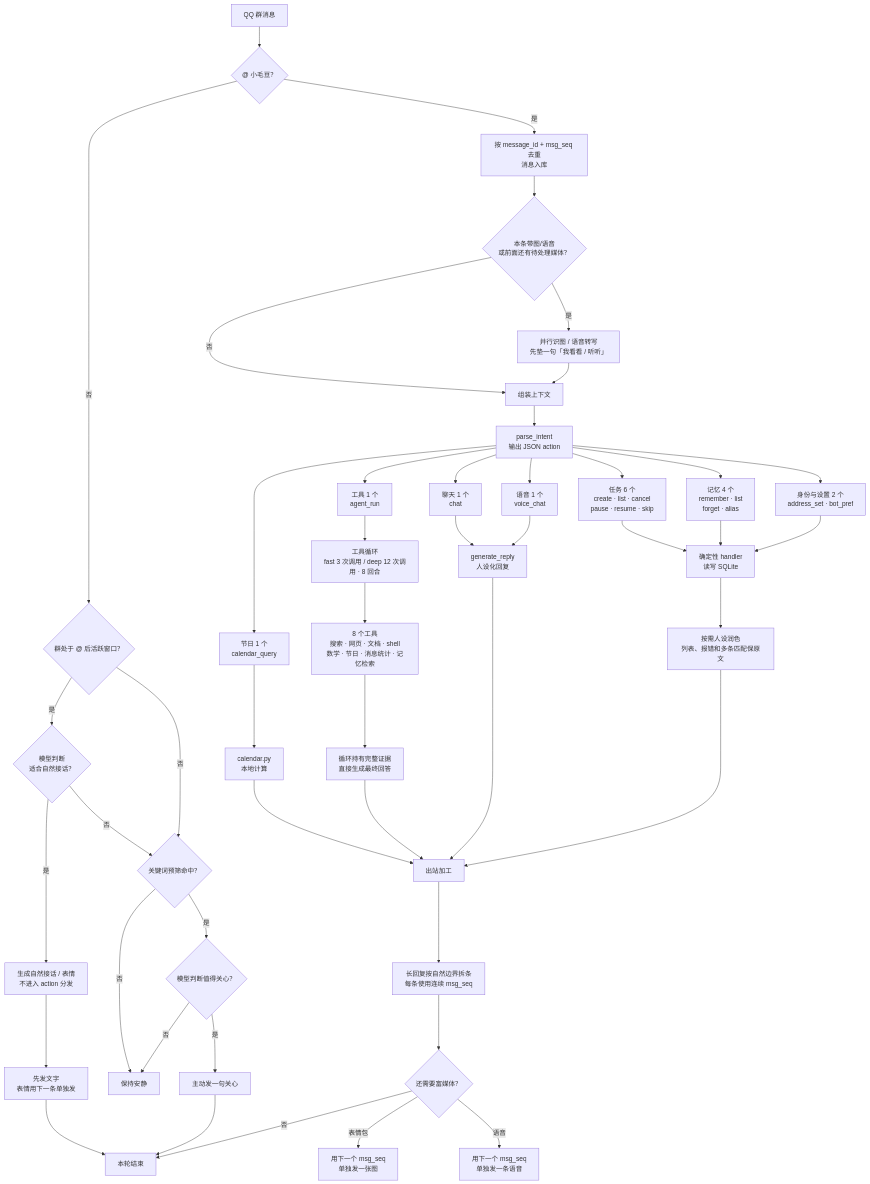
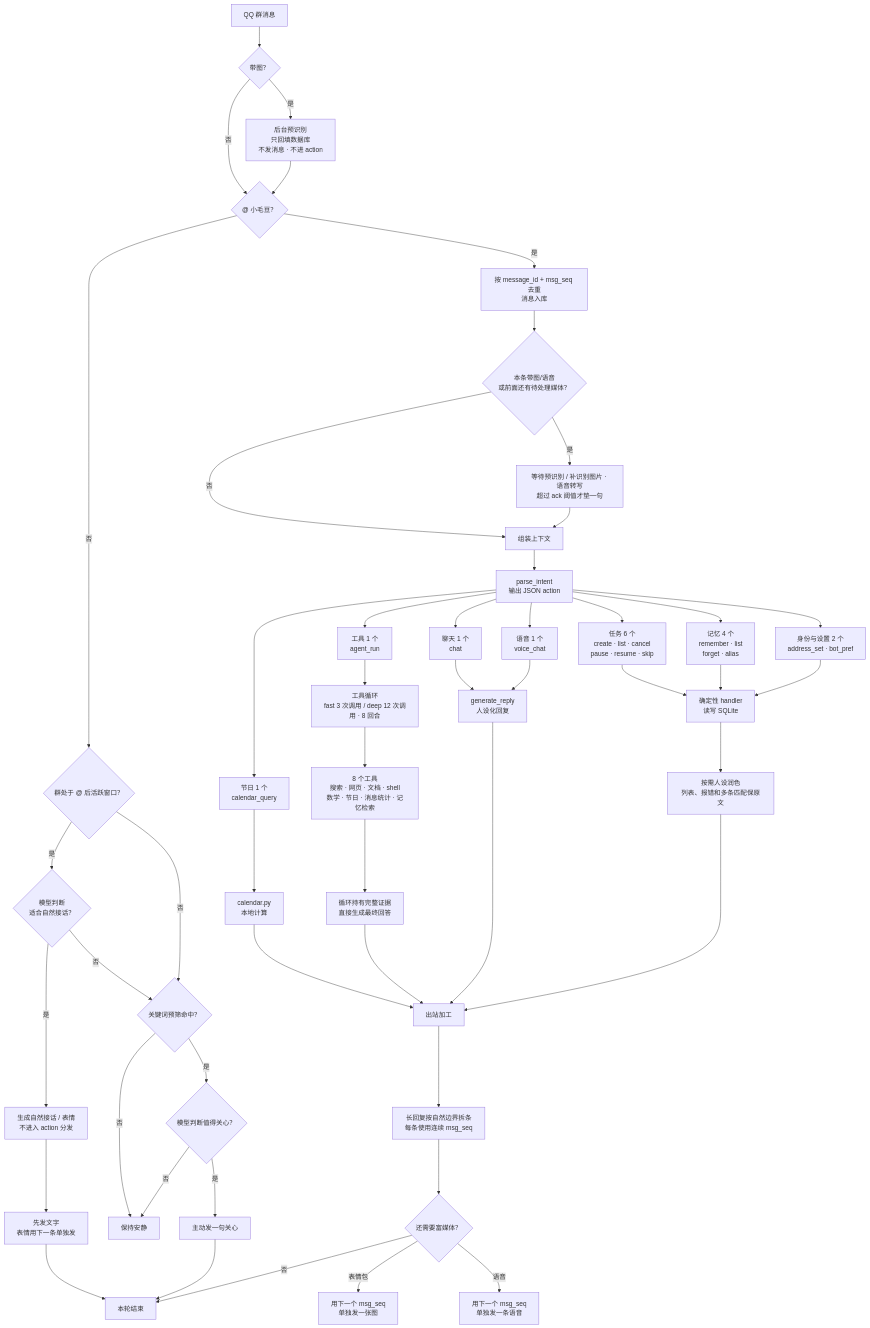
One commit to CLan-nad/qq-bot changed the second of 2 diagrams in README.md. Above: the diagram before and after it, drawn with Mermaid. The commit also changed other lines of this file and 6 other files, not shown here.

Commit message:
feat: 收到图片后自动后台预识别

````diff
--- a/README.md
+++ b/README.md
@@ -85,61 +85,64 @@
 ```mermaid
 flowchart TD
-    QQ["QQ 群消息"] --> AT{"@ 小毛豆？"}
+    QQ["QQ 群消息"] --> IMAGE{"带图？"}
+    IMAGE -->|是| IMAGE_REC["后台预识别<br/>只回填数据库<br/>不发消息 · 不进 action"]
+    IMAGE -->|否| AT{"@ 小毛豆？"}
+    IMAGE_REC --> AT
     ACTIVE{"群处于 @ 后活跃窗口？"}
     ACTIVE_JUDGE{"模型判断<br/>适合自然接话？"}
     KEY{"关键词预筛命中？"}
     DONE["本轮结束"]
 
     AT -->|否| ACTIVE
     ACTIVE -->|是| ACTIVE_JUDGE
     ACTIVE_JUDGE -->|是| ACTIVE_REPLY["生成自然接话 / 表情<br/>不进入 action 分发"]
     ACTIVE_REPLY --> ACTIVE_SEND["先发文字<br/>表情用下一条单独发"]
     ACTIVE_SEND --> DONE
     ACTIVE_JUDGE -->|否| KEY
     ACTIVE -->|否| KEY
 
     KEY -->|否| QUIET["保持安静"]
     KEY -->|是| CARE{"模型判断值得关心？"}
     CARE -->|是| CARE_YES["主动发一句关心"]
     CARE_YES --> DONE
     CARE -->|否| QUIET
 
     AT -->|是| SAVE["按 message_id + msg_seq 去重<br/>消息入库"]
     SAVE --> MEDIA{"本条带图/语音<br/>或前面还有待处理媒体？"}
-    MEDIA -->|是| READ["并行识图 / 语音转写<br/>先垫一句「我看看 / 听听」"]
+    MEDIA -->|是| READ["等待预识别 / 补识别图片 · 语音转写<br/>超过 ack 阈值才垫一句"]
     MEDIA -->|否| CTX["组装上下文"]
     READ --> CTX
     CTX --> INTENT["parse_intent<br/>输出 JSON action"]
 
     INTENT --> TASK["任务 6 个<br/>create · list · cancel<br/>pause · resume · skip"]
     INTENT --> MEMORY["记忆 4 个<br/>remember · list<br/>forget · alias"]
     INTENT --> PREF["身份与设置 2 个<br/>address_set · bot_pref"]
     INTENT --> CALENDAR["节日 1 个<br/>calendar_query"]
     INTENT --> AGENT["工具 1 个<br/>agent_run"]
     INTENT --> VOICE["语音 1 个<br/>voice_chat"]
     INTENT --> CHAT["聊天 1 个<br/>chat"]
 
     TASK --> LOCAL["确定性 handler<br/>读写 SQLite"]
     MEMORY --> LOCAL
     PREF --> LOCAL
     CALENDAR --> CALC["calendar.py<br/>本地计算"]
 
     AGENT --> LOOP["工具循环<br/>fast 3 次调用 / deep 12 次调用 · 8 回合"]
     LOOP --> TOOLS["8 个工具<br/>搜索 · 网页 · 文档 · shell<br/>数学 · 节日 · 消息统计 · 记忆检索"]
     TOOLS --> TOOL_REPLY["循环持有完整证据<br/>直接生成最终回答"]
 
     CHAT --> REPLY["generate_reply<br/>人设化回复"]
     VOICE --> REPLY
 
     LOCAL --> POLISH["按需人设润色<br/>列表、报错和多条匹配保原文"]
     CALC --> FINAL["出站加工"]
     TOOL_REPLY --> FINAL
     REPLY --> FINAL
     POLISH --> FINAL
 
     FINAL --> TEXT["长回复按自然边界拆条<br/>每条使用连续 msg_seq"]
     TEXT --> EXTRA{"还需要富媒体？"}
     EXTRA -->|表情包| STICKER["用下一个 msg_seq<br/>单独发一张图"]
     EXTRA -->|语音| SPEECH["用下一个 msg_seq<br/>单独发一条语音"]
     EXTRA -->|否| DONE
 ```
````
